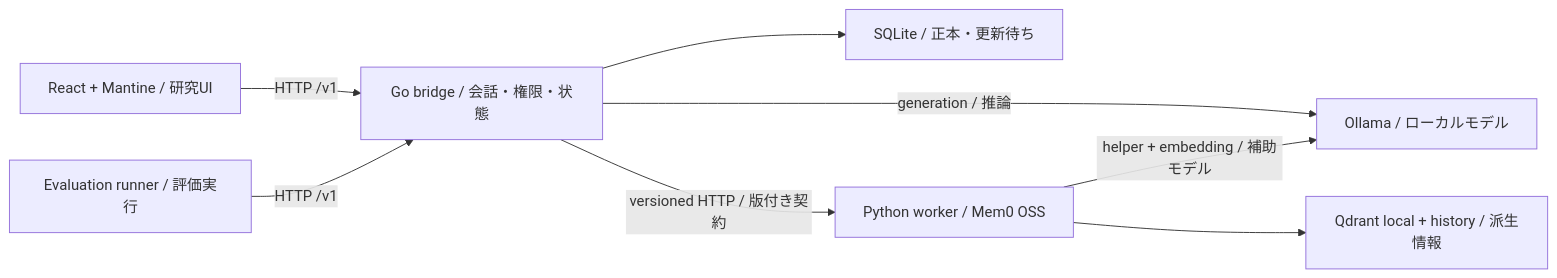
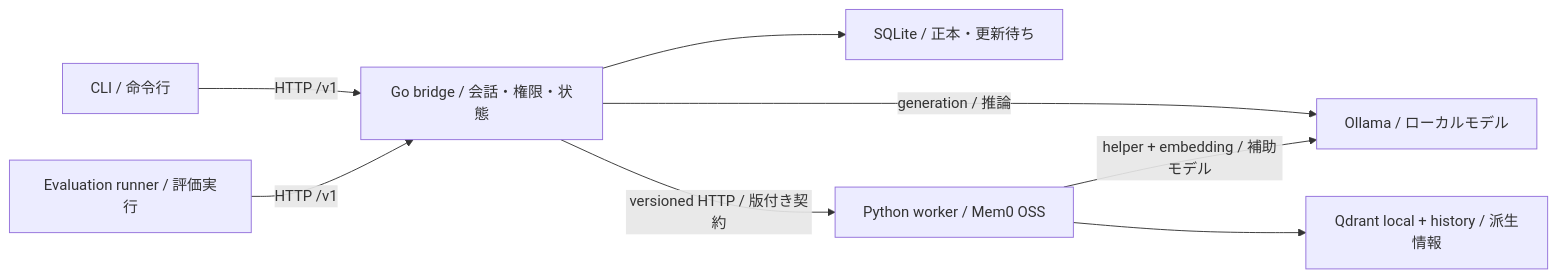
Before and after one commit to lorendw7/kyudai-llm-context-bridge: the diagram in docs/architecture.md, drawn with Mermaid. The commit also changed other lines of this file and 14 other files, not shown here.

````diff
--- a/docs/architecture.md
+++ b/docs/architecture.md
@@ -53,10 +78,10 @@
 ```mermaid
 flowchart LR
-    UI["React + Mantine / 研究UI"] -->|"HTTP /v1"| Go["Go bridge / 会話・権限・状態"]
+    CLI["CLI / 命令行"] -->|"HTTP /v1"| Go["Go bridge / 会話・権限・状態"]
     Runner["Evaluation runner / 評価実行"] -->|"HTTP /v1"| Go
     Go --> Source["SQLite / 正本・更新待ち"]
     Go -->|"generation / 推論"| Ollama["Ollama / ローカルモデル"]
     Go -->|"versioned HTTP / 版付き契約"| Worker["Python worker / Mem0 OSS"]
     Worker --> Derived["Qdrant local + history / 派生情報"]
     Worker -->|"helper + embedding / 補助モデル"| Ollama
 ```
````
